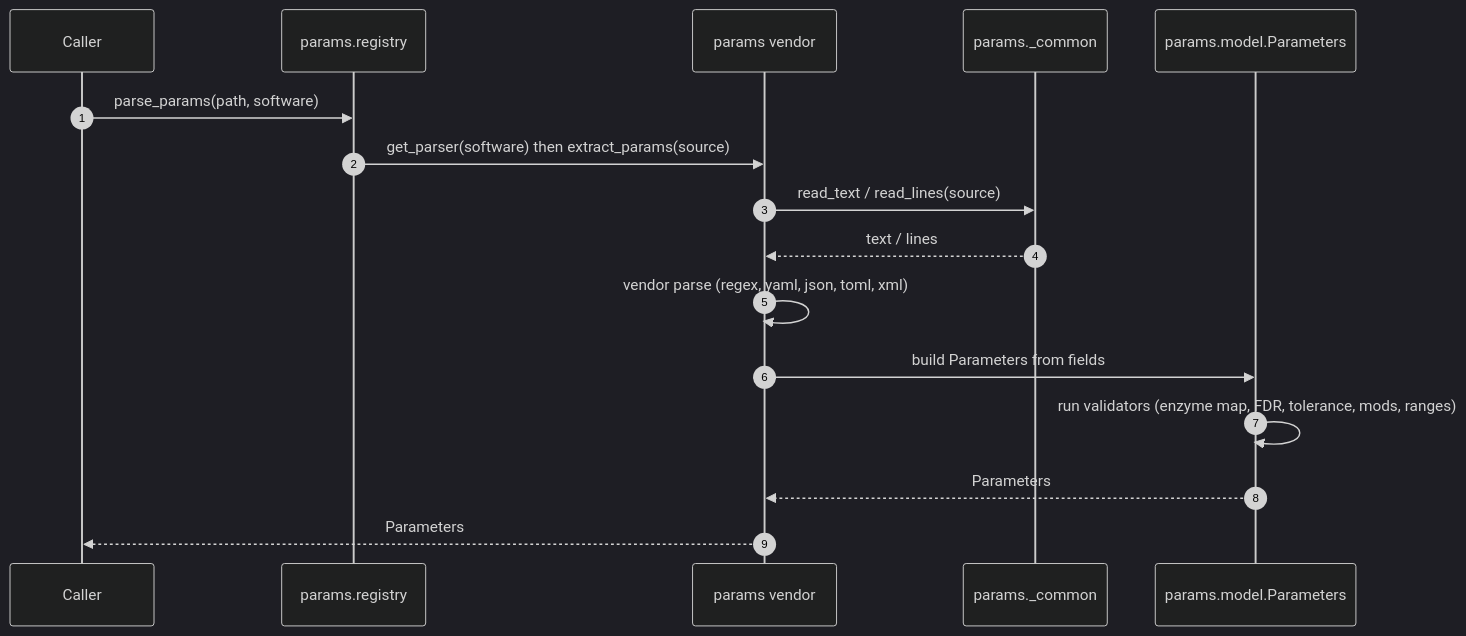
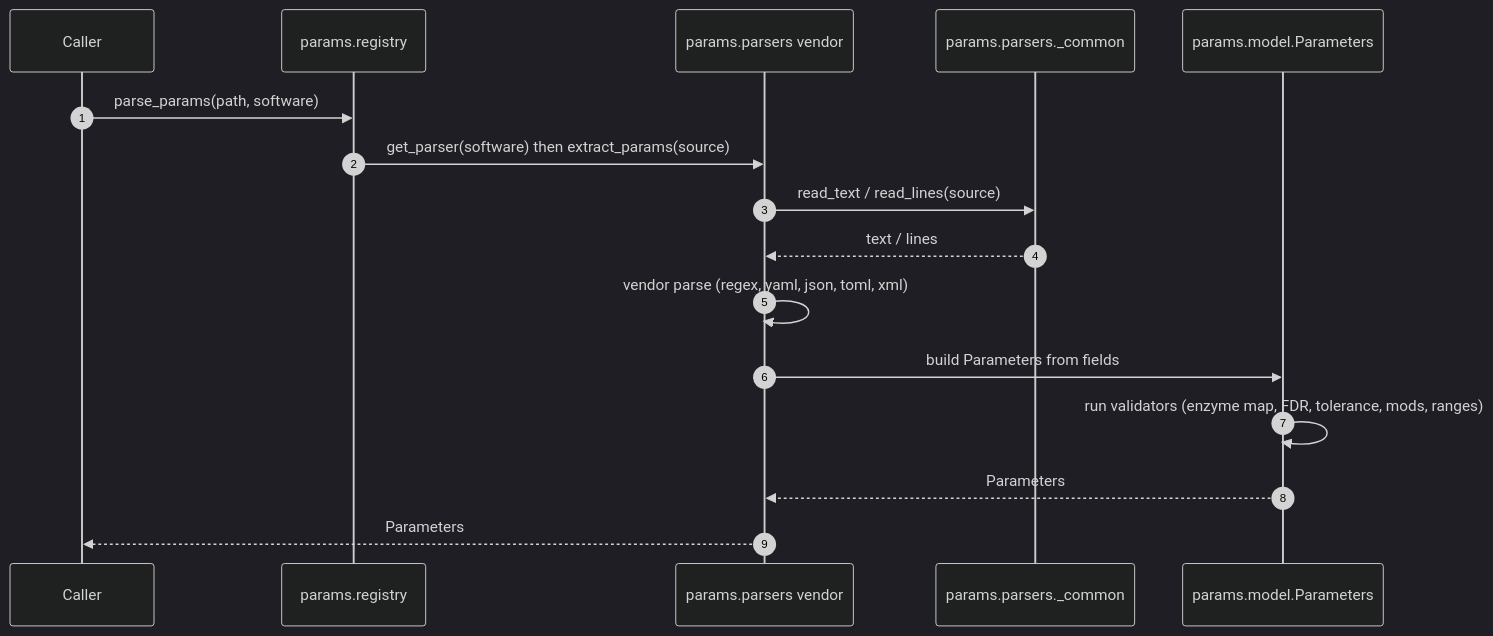
One commit to anndata-omics-bridge/anndata-proteomics-bridge changed the seventh of 8 diagrams in docs/parsing_architecture.md. Above: the diagram before and after it, drawn with Mermaid (dark theme). The commit also changed other lines of this file and 34 other files, not shown here.

````diff
--- a/docs/parsing_architecture.md
+++ b/docs/parsing_architecture.md
@@ -316,19 +342,19 @@
 ```mermaid
 sequenceDiagram
     autonumber
     participant Caller
     participant Reg as params.registry
-    participant V as params vendor
-    participant Common as params._common
+    participant V as params.parsers vendor
+    participant Common as params.parsers._common
     participant Model as params.model.Parameters
 
     Caller->>Reg: parse_params(path, software)
     Reg->>V: get_parser(software) then extract_params(source)
     V->>Common: read_text / read_lines(source)
     Common-->>V: text / lines
     V->>V: vendor parse (regex, yaml, json, toml, xml)
     V->>Model: build Parameters from fields
     Model->>Model: run validators (enzyme map, FDR, tolerance, mods, ranges)
     Model-->>V: Parameters
     V-->>Caller: Parameters
 ```
````
